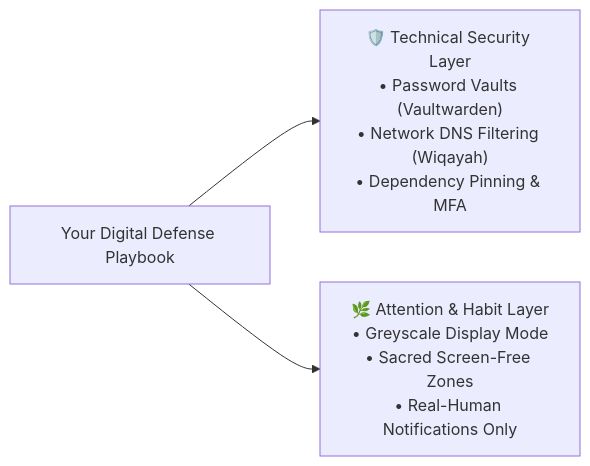
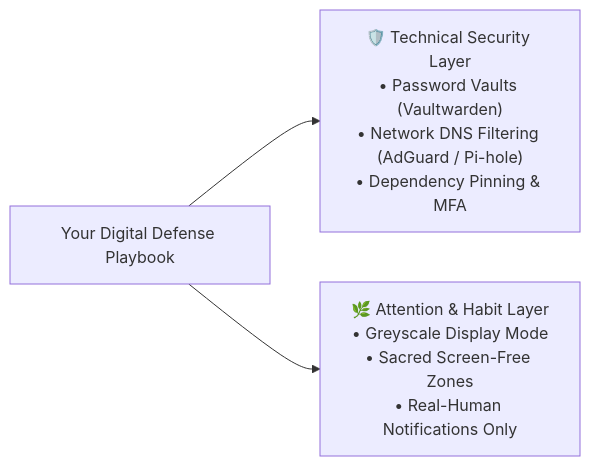
Before and after one commit to ShahzebMahmood/shahzebmahmood.github.io: the diagram in _posts/2026-08-27-data-breaches-npm-supply-chain-and-attention-economy.md, drawn with Mermaid. The commit also changed other lines of this file, not shown here.

Commit message:
refactor(blog): remove deprecated Wiqayah references

````diff
--- a/_posts/2026-08-27-data-breaches-npm-supply-chain-and-attention-economy.md
+++ b/_posts/2026-08-27-data-breaches-npm-supply-chain-and-attention-economy.md
@@ -109,8 +109,8 @@
 ```mermaid
 flowchart LR
     Defense["Your Digital Defense Playbook"]
     
-    Defense --> Tech["🛡️ Technical Security Layer\n• Password Vaults (Vaultwarden)\n• Network DNS Filtering (Wiqayah)\n• Dependency Pinning & MFA"]
+    Defense --> Tech["🛡️ Technical Security Layer\n• Password Vaults (Vaultwarden)\n• Network DNS Filtering (AdGuard / Pi-hole)\n• Dependency Pinning & MFA"]
     
     Defense --> Habit["🌿 Attention & Habit Layer\n• Greyscale Display Mode\n• Sacred Screen-Free Zones\n• Real-Human Notifications Only"]
 ```
````
